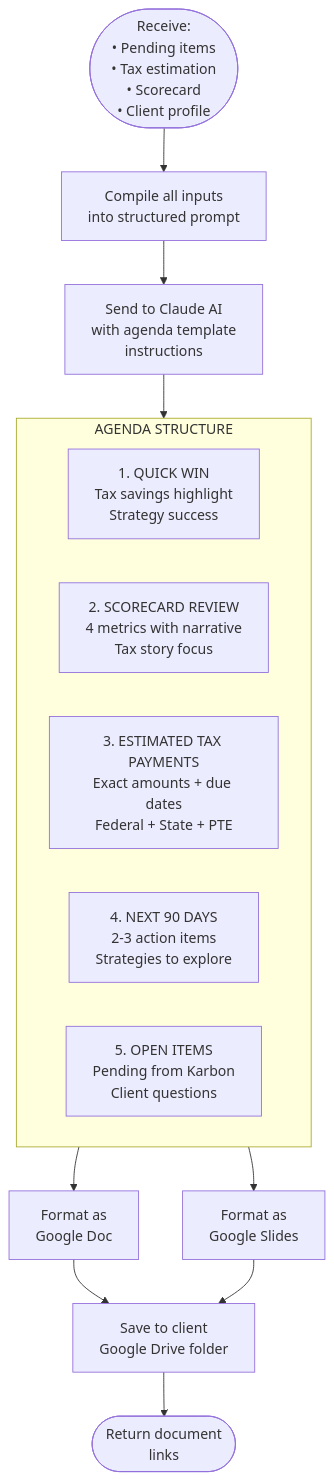
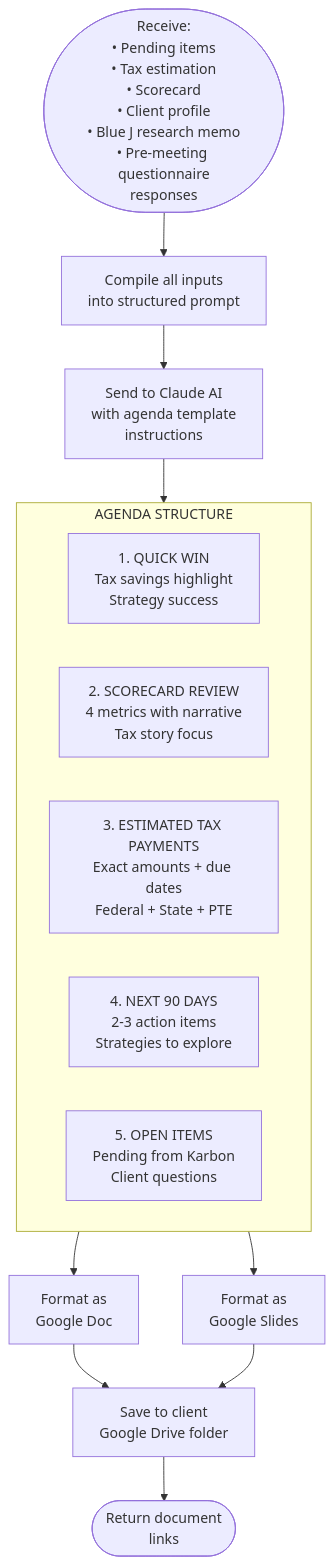
Before and after one commit to dkinvestments-art/n8n: the tenth of 23 diagrams in docs/quarterly-meeting-automation/05-Comprehensive-Workflow-Documentation.md, drawn with Mermaid. The commit also changed other lines of this file, not shown here.

````diff
--- a/docs/quarterly-meeting-automation/05-Comprehensive-Workflow-Documentation.md
+++ b/docs/quarterly-meeting-automation/05-Comprehensive-Workflow-Documentation.md
@@ -562,24 +576,24 @@
 ```mermaid
 flowchart TD
-    IN([Receive:<br/>• Pending items<br/>• Tax estimation<br/>• Scorecard<br/>• Client profile]) --> COMPILE[Compile all inputs<br/>into structured prompt]
+    IN([Receive:<br/>• Pending items<br/>• Tax estimation<br/>• Scorecard<br/>• Client profile<br/>• Blue J research memo<br/>• Pre-meeting questionnaire<br/>responses]) --> COMPILE[Compile all inputs<br/>into structured prompt]
 
     COMPILE --> CLAUDE[Send to Claude AI<br/>with agenda template<br/>instructions]
 
     CLAUDE --> STRUCTURE
 
     subgraph STRUCTURE["AGENDA STRUCTURE"]
         SEC1["1. QUICK WIN<br/>Tax savings highlight<br/>Strategy success"]
         SEC2["2. SCORECARD REVIEW<br/>4 metrics with narrative<br/>Tax story focus"]
         SEC3["3. ESTIMATED TAX PAYMENTS<br/>Exact amounts + due dates<br/>Federal + State + PTE"]
         SEC4["4. NEXT 90 DAYS<br/>2-3 action items<br/>Strategies to explore"]
         SEC5["5. OPEN ITEMS<br/>Pending from Karbon<br/>Client questions"]
     end
 
     STRUCTURE --> FORMAT_DOC[Format as<br/>Google Doc]
     STRUCTURE --> FORMAT_SLIDE[Format as<br/>Google Slides]
 
     FORMAT_DOC --> SAVE[Save to client<br/>Google Drive folder]
     FORMAT_SLIDE --> SAVE
 
     SAVE --> OUT([Return document<br/>links])
 ```
````
